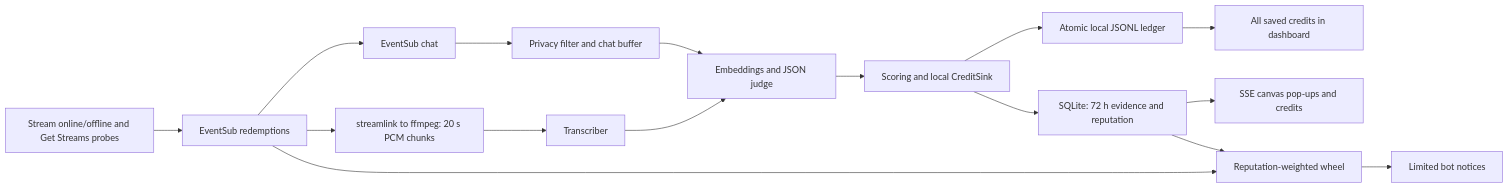
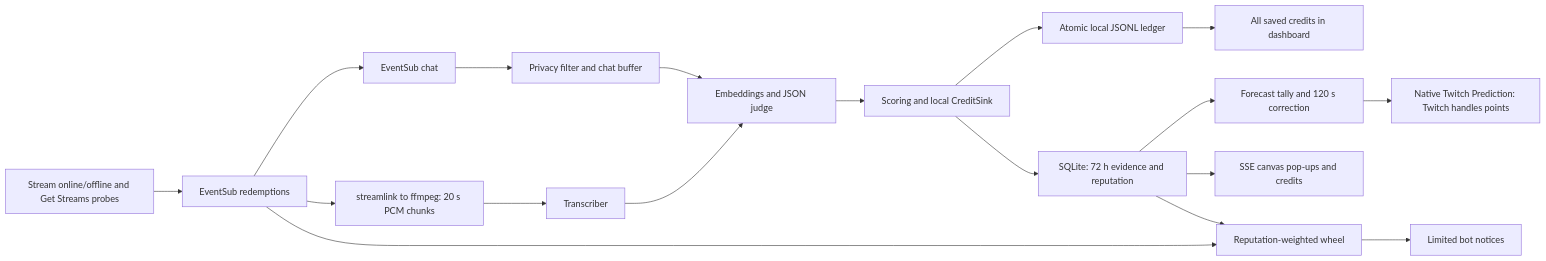
Before and after one commit to 0xultravioleta/credits-roll: the diagram in README.md, drawn with Mermaid. The commit also changed other lines of this file and 16 other files, not shown here.

````diff
--- a/README.md
+++ b/README.md
@@ -251,18 +253,20 @@
 ```mermaid
 flowchart LR
   E[Stream online/offline and Get Streams probes] --> R[Standby and capture retries]
   R --> C
   R --> A
   C[EventSub chat] --> P[Privacy filter and chat buffer]
   A[streamlink to ffmpeg: 20 s PCM chunks] --> T[Transcriber]
   P --> M[Embeddings and JSON judge]
   T --> M
   M --> S[Scoring and local CreditSink]
   S --> L[Atomic local JSONL ledger]
   L --> D[All saved credits in dashboard]
   S --> Q[SQLite: 72 h evidence and reputation]
+  Q --> F[Forecast tally and 120 s correction]
+  F --> N[Native Twitch Prediction: Twitch handles points]
   Q --> O[SSE canvas pop-ups and credits]
   Q --> W[Reputation-weighted wheel]
   R[EventSub redemptions] --> W
   W --> B[Limited bot notices]
 ```
````
